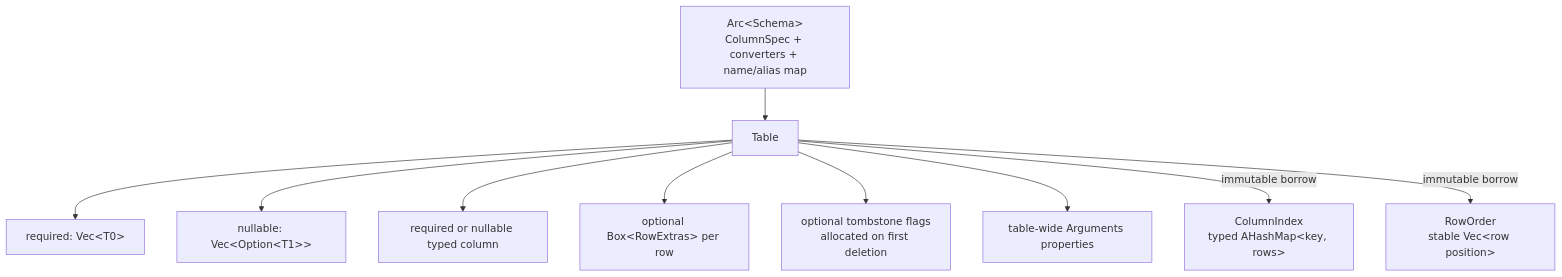
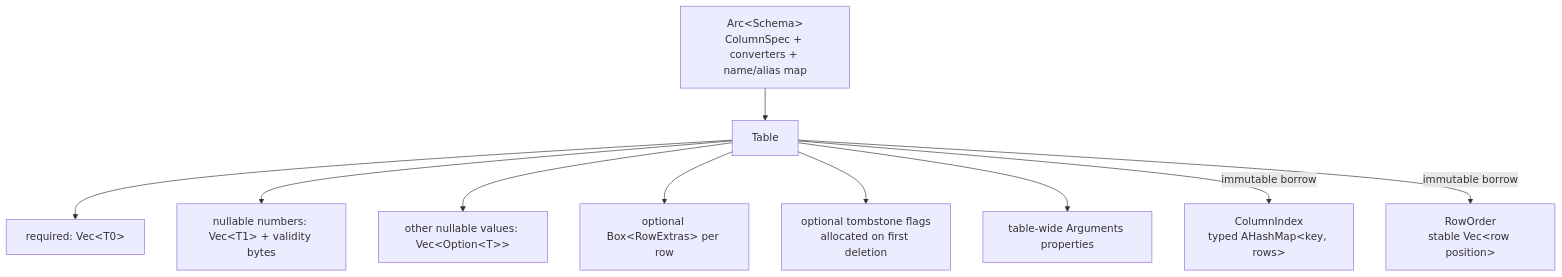
One commit to kjn-void/gd-rs changed the first of 6 diagrams in docs/high-level/table.md. Above: the diagram before and after it, drawn with Mermaid. The commit also changed other lines of this file and 13 other files, not shown here.

````diff
--- a/docs/high-level/table.md
+++ b/docs/high-level/table.md
@@ -8,12 +8,12 @@
 ```mermaid
 flowchart TD
     Schema["Arc&lt;Schema&gt;\nColumnSpec + converters + name/alias map"] --> Table
     Table --> C0["required: Vec&lt;T0&gt;"]
-    Table --> C1["nullable: Vec&lt;Option&lt;T1&gt;&gt;"]
-    Table --> CN["required or nullable typed column"]
+    Table --> C1["nullable numbers: Vec&lt;T1&gt; + validity bytes"]
+    Table --> CN["other nullable values: Vec&lt;Option&lt;T&gt;&gt;"]
     Table --> Extras["optional Box&lt;RowExtras&gt; per row"]
     Table --> Tombstones["optional tombstone flags\nallocated on first deletion"]
     Table --> Properties["table-wide Arguments properties"]
     Table -->|"immutable borrow"| Index["ColumnIndex\ntyped AHashMap&lt;key, rows&gt;"]
     Table -->|"immutable borrow"| Order["RowOrder\nstable Vec&lt;row position&gt;"]
 ```
````
